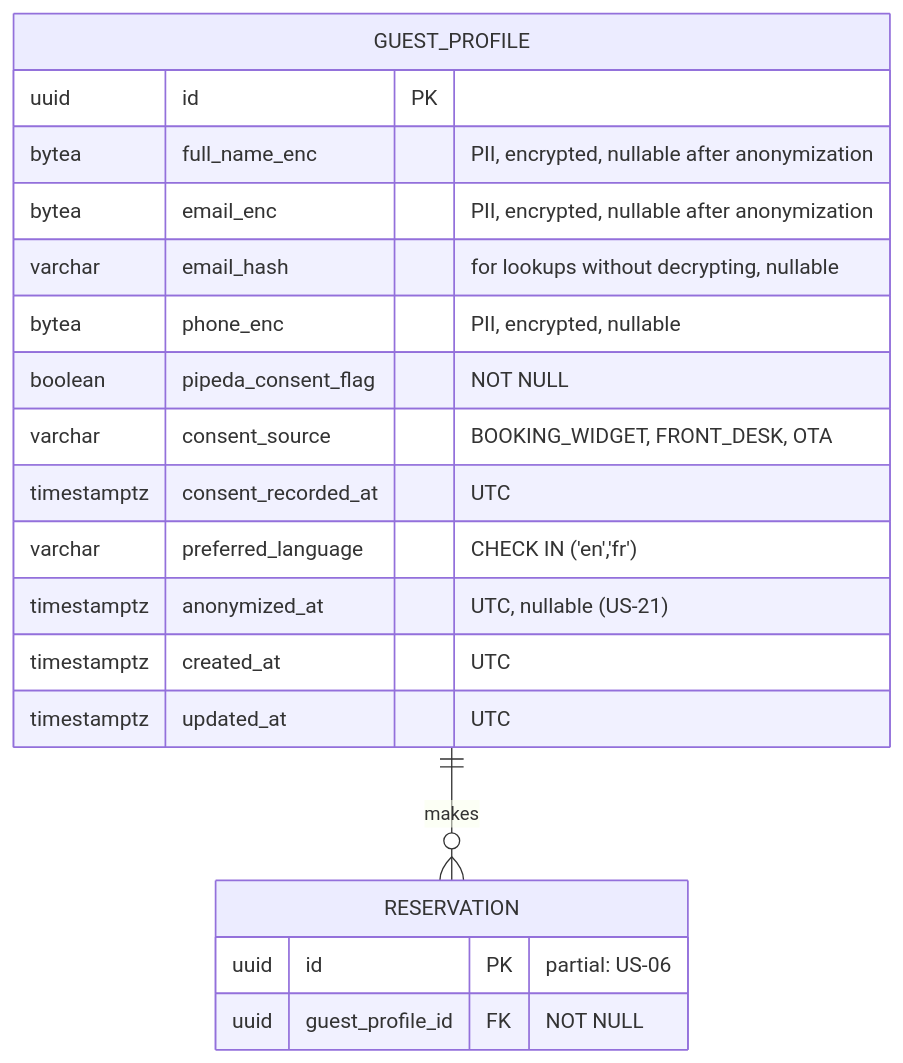
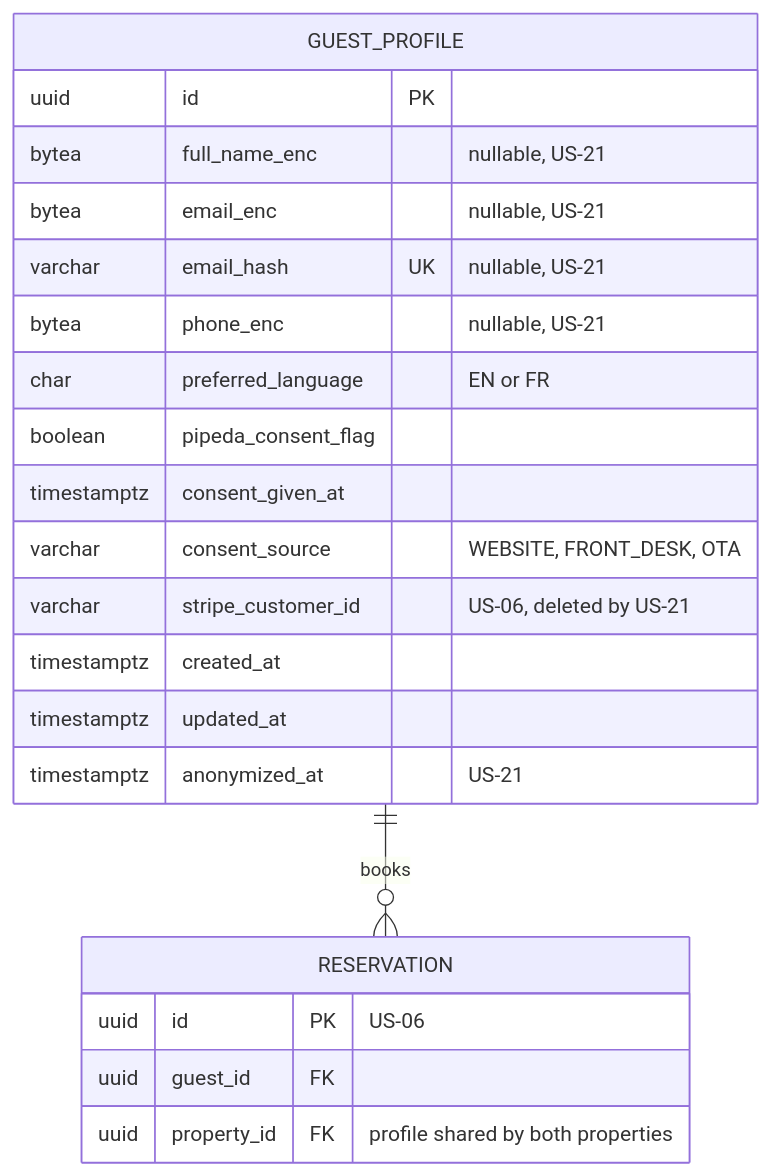
One commit to BraceroInSabot/Motel-Starmie changed the second of 3 diagrams in docs/Initial Requirements/Diagrams/US-20 - Guest Profile with PIPEDA Consent.md. Above: the diagram before and after it, drawn with Mermaid. The commit also changed other lines of this file and 51 other files, not shown here.

````diff
--- a/docs/Initial Requirements/Diagrams/US-20 - Guest Profile with PIPEDA Consent.md
+++ b/docs/Initial Requirements/Diagrams/US-20 - Guest Profile with PIPEDA Consent.md
@@ -163,23 +125,25 @@
 ```mermaid
 erDiagram
-    GUEST_PROFILE ||--o{ RESERVATION : "makes"
+    GUEST_PROFILE ||--o{ RESERVATION : "books"
 
     GUEST_PROFILE {
         uuid id PK
-        bytea full_name_enc "PII, encrypted, nullable after anonymization"
-        bytea email_enc "PII, encrypted, nullable after anonymization"
-        varchar email_hash "for lookups without decrypting, nullable"
-        bytea phone_enc "PII, encrypted, nullable"
-        boolean pipeda_consent_flag "NOT NULL"
-        varchar consent_source "BOOKING_WIDGET, FRONT_DESK, OTA"
-        timestamptz consent_recorded_at "UTC"
-        varchar preferred_language "CHECK IN ('en','fr')"
-        timestamptz anonymized_at "UTC, nullable (US-21)"
-        timestamptz created_at "UTC"
-        timestamptz updated_at "UTC"
+        bytea full_name_enc "nullable, US-21"
+        bytea email_enc "nullable, US-21"
+        varchar email_hash UK "nullable, US-21"
+        bytea phone_enc "nullable, US-21"
+        char preferred_language "EN or FR"
+        boolean pipeda_consent_flag
+        timestamptz consent_given_at
+        varchar consent_source "WEBSITE, FRONT_DESK, OTA"
+        varchar stripe_customer_id "US-06, deleted by US-21"
+        timestamptz created_at
+        timestamptz updated_at
+        timestamptz anonymized_at "US-21"
     }
     RESERVATION {
-        uuid id PK "partial: US-06"
-        uuid guest_profile_id FK "NOT NULL"
+        uuid id PK "US-06"
+        uuid guest_id FK
+        uuid property_id FK "profile shared by both properties"
     }
 ```
````
